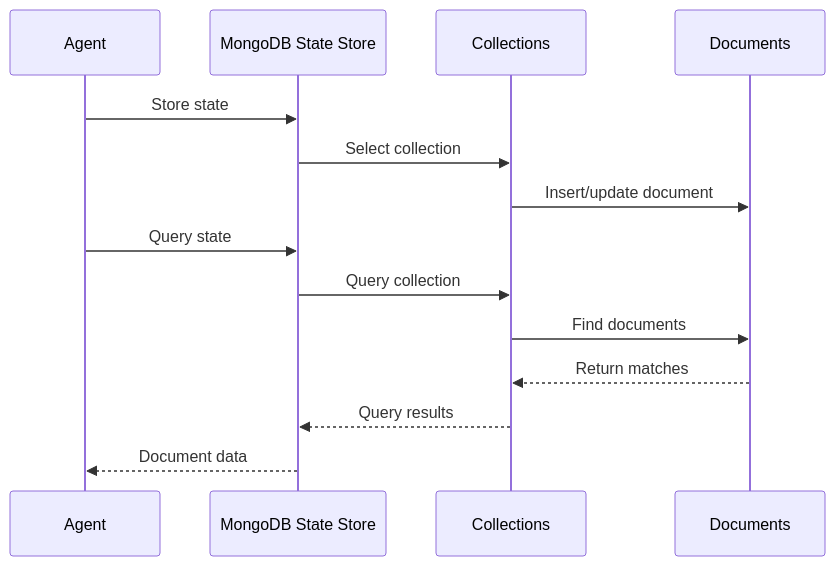
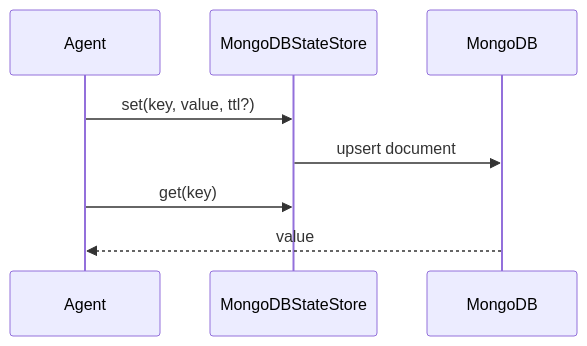
One commit to MervinPraison/PraisonAIDocs changed the second of 2 diagrams in docs/features/persistence-mongodb.mdx. Above: the diagram before and after it, drawn with Mermaid. The commit also changed other lines of this file and 4 other files, not shown here.

````diff
--- a/docs/features/persistence-mongodb.mdx
+++ b/docs/features/persistence-mongodb.mdx
@@ -71,17 +84,11 @@
 ```mermaid
 sequenceDiagram
     participant Agent
-    participant MongoDB as MongoDB State Store
-    participant Collection as Collections
-    participant Document as Documents
-    
-    Agent->>MongoDB: Store state
-    MongoDB->>Collection: Select collection
-    Collection->>Document: Insert/update document
-    Agent->>MongoDB: Query state
-    MongoDB->>Collection: Query collection
-    Collection->>Document: Find documents
-    Document-->>Collection: Return matches
-    Collection-->>MongoDB: Query results
-    MongoDB-->>Agent: Document data
+    participant Store as MongoDBStateStore
+    participant MongoDB
+
+    Agent->>Store: set(key, value, ttl?)
+    Store->>MongoDB: upsert document
+    Agent->>Store: get(key)
+    MongoDB-->>Agent: value
 ```
````
